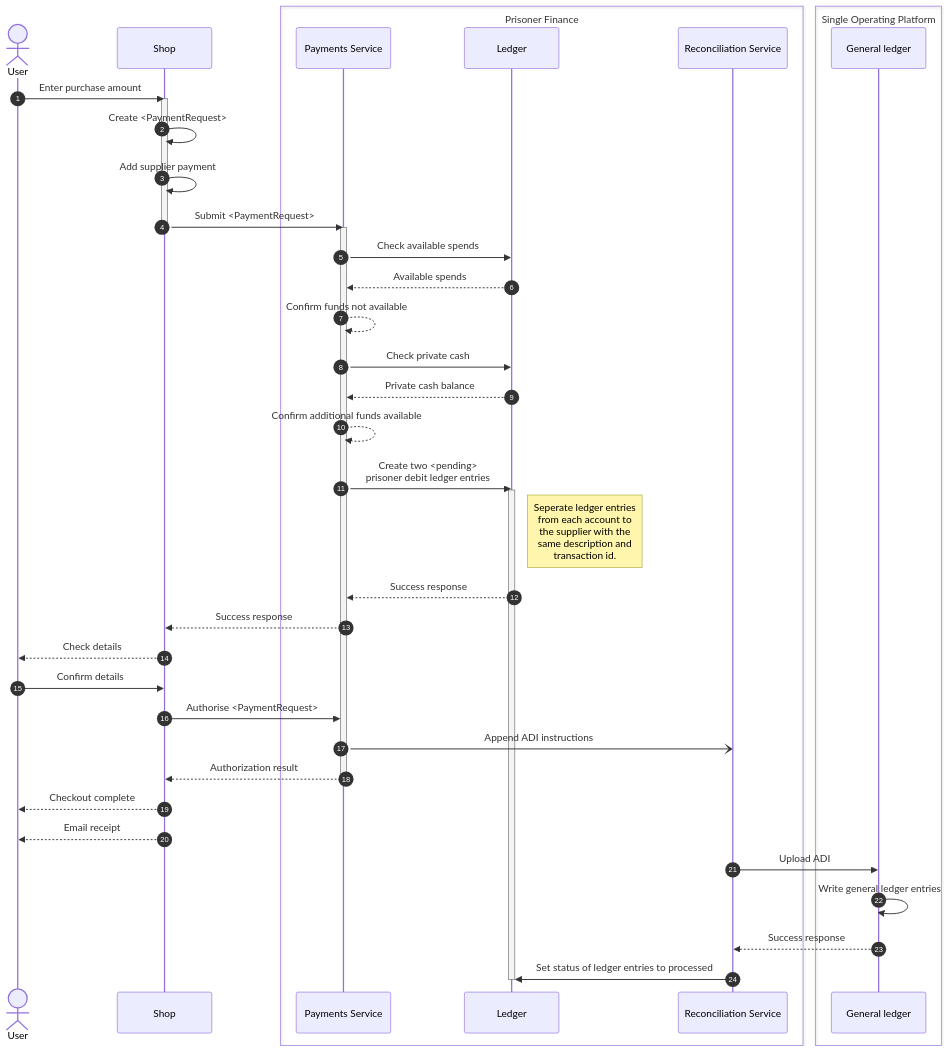
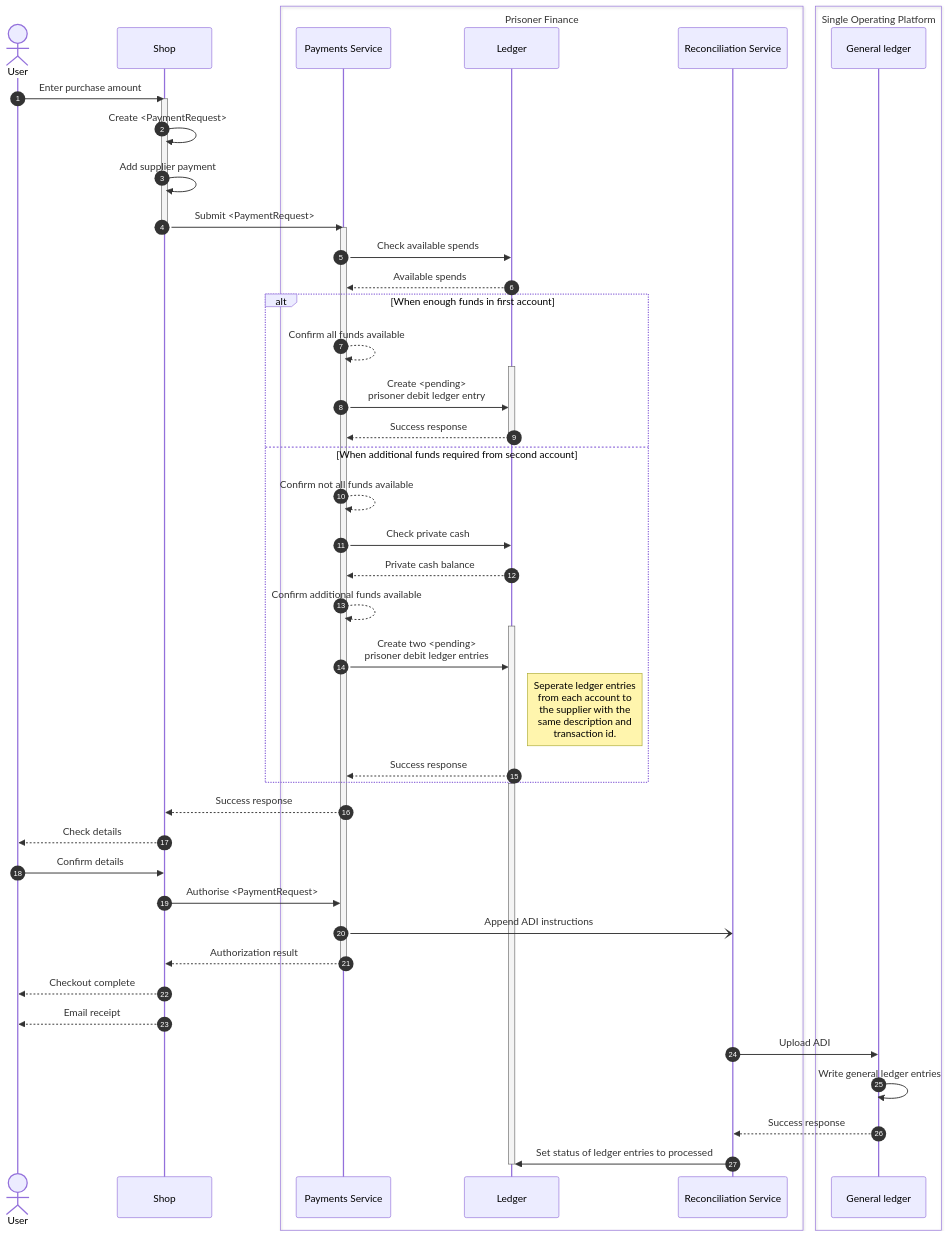
The third of 8 diagrams in docs/processes-purchasing.md (ministryofjustice/hmpps-prisoner-finance-poc-api), drawn with Mermaid before and after one commit.

Commit message:
Emphasise the checking process when two accounts involved

````diff
--- a/docs/processes-purchasing.md
+++ b/docs/processes-purchasing.md
@@ -167,47 +167,57 @@
 ```mermaid
 sequenceDiagram
   actor USER as User
   participant SHOP as Shop
   box Prisoner Finance
   participant API as Payments Service
   participant LEDGER as Ledger
   participant ADI as Reconciliation Service
   end
   box Single Operating Platform
   participant SOP as General ledger
   end
 
   autonumber
 
   USER ->> SHOP: Enter purchase amount
   activate SHOP
   SHOP ->> SHOP: Create <PaymentRequest>
   SHOP ->> SHOP: Add supplier payment
   SHOP ->> API: Submit <PaymentRequest>
   deactivate SHOP
   activate API
   API ->> LEDGER: Check available spends
   LEDGER -->> API: Available spends
-  API -->> API: Confirm funds not available
-  API ->> LEDGER: Check private cash
-  LEDGER -->> API: Private cash balance
-  API -->> API: Confirm additional funds available
-  API ->> LEDGER: Create two <pending><br/>prisoner debit ledger entries
+  alt When enough funds in first account
+    API -->> API: Confirm all funds available
+    activate LEDGER
+    API ->> LEDGER: Create <pending><br/>prisoner debit ledger entry
+    LEDGER -->> API: Success response
+    deactivate LEDGER
+  else When additional funds required from second account
+    API -->> API: Confirm not all funds available
+    API ->> LEDGER: Check private cash
+    LEDGER -->> API: Private cash balance
+    API -->> API: Confirm additional funds available
   activate LEDGER
-  note right of LEDGER: Seperate ledger entries<br/>from each account to<br/>the supplier with the<br/>same description and<br/>transaction id.
-  LEDGER -->> API: Success response
+    API ->> LEDGER: Create two <pending><br/>prisoner debit ledger entries
+    note right of LEDGER: Seperate ledger entries<br/>from each account to<br/>the supplier with the<br/>same description and<br/>transaction id.
+    LEDGER -->> API: Success response
+    deactivate LEDGER
+  end
+  activate LEDGER
   API -->> SHOP: Success response
   SHOP -->> USER: Check details
   USER ->> SHOP: Confirm details
   SHOP ->> API: Authorise <PaymentRequest>
   API -) ADI: Append ADI instructions
   API -->> SHOP: Authorization result
   deactivate API
   SHOP -->> USER: Checkout complete
   SHOP -->> USER: Email receipt
   ADI ->> SOP: Upload ADI
   SOP ->> SOP: Write general ledger entries
   SOP -->> ADI: Success response
   ADI ->> LEDGER: Set status of ledger entries to processed
   deactivate LEDGER
 ```
````
